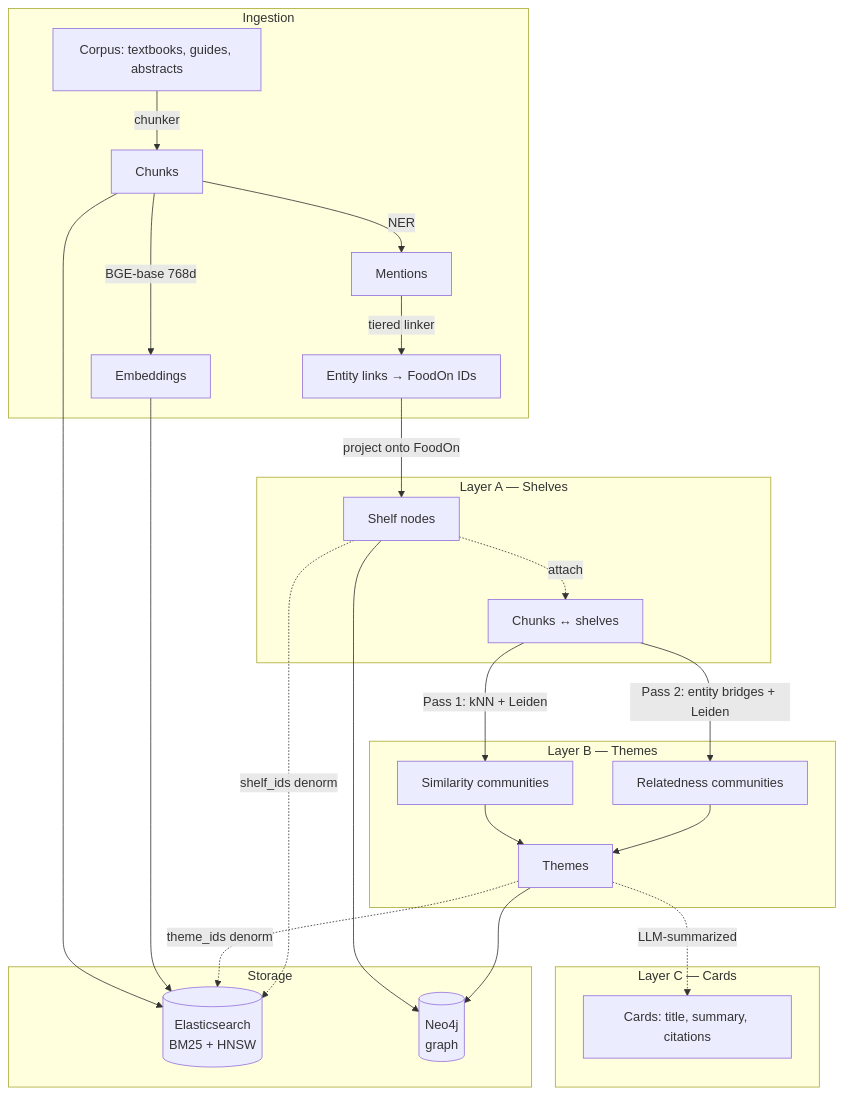
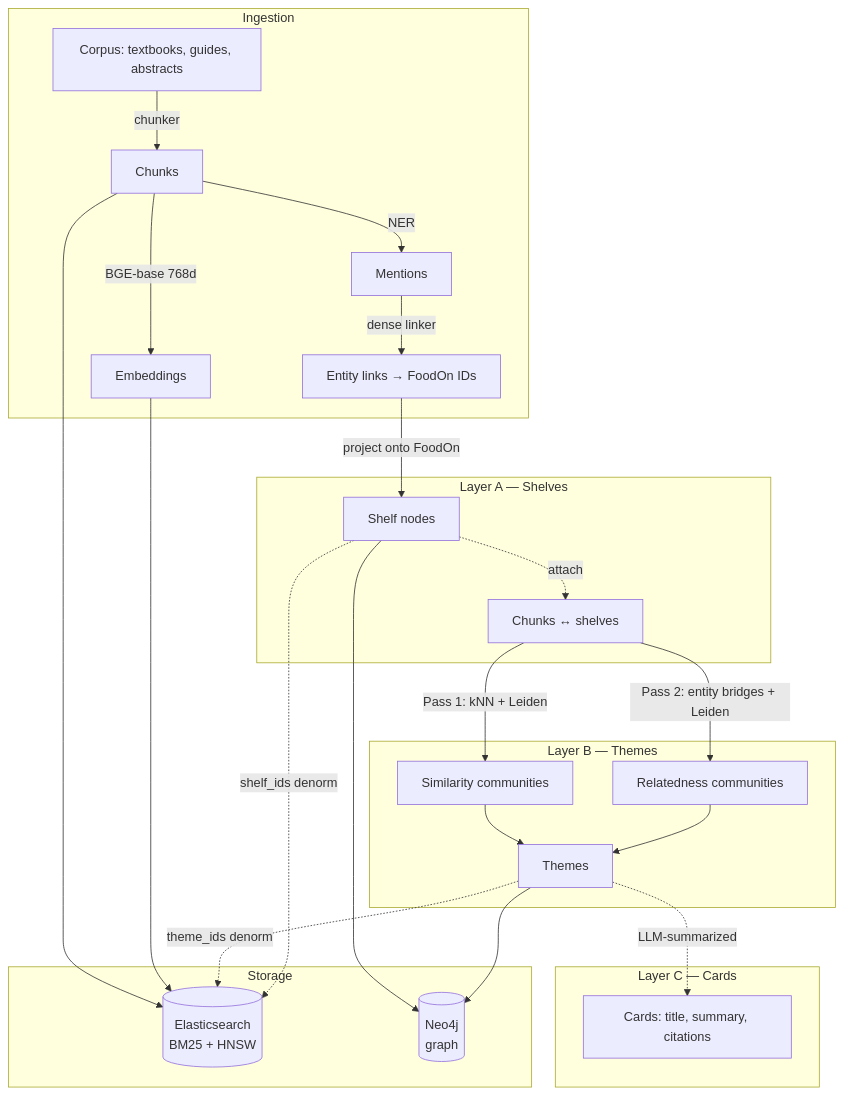
Before and after one commit to wisefood/foodscholar-lib: the diagram in docs/concepts/architecture.md, drawn with Mermaid. The commit also changed other lines of this file and 9 other files, not shown here.

````diff
--- a/docs/concepts/architecture.md
+++ b/docs/concepts/architecture.md
@@ -13,32 +13,32 @@
 ```{mermaid}
 flowchart TB
     subgraph Ingest[Ingestion]
       C[Corpus: textbooks, guides, abstracts] -->|chunker| K[Chunks]
       K -->|BGE-base 768d| E[Embeddings]
       K -->|NER| Mn[Mentions]
-      Mn -->|tiered linker| L[Entity links → FoodOn IDs]
+      Mn -->|dense linker| L[Entity links → FoodOn IDs]
     end
     subgraph LayerA[Layer A — Shelves]
       L -->|project onto FoodOn| SA[Shelf nodes]
       SA -.attach.-> KA[Chunks ↔ shelves]
     end
     subgraph LayerB[Layer B — Themes]
       KA -->|Pass 1: kNN + Leiden| T1[Similarity communities]
       KA -->|Pass 2: entity bridges + Leiden| T2[Relatedness communities]
       T1 --> TM[Themes]
       T2 --> TM
     end
     subgraph LayerC[Layer C — Cards]
       TM -.LLM-summarized.-> CD[Cards: title, summary, citations]
     end
     subgraph Storage[Storage]
       ES[(Elasticsearch<br/>BM25 + HNSW)]
       N4[(Neo4j<br/>graph)]
     end
     K --> ES
     E --> ES
     SA --> N4
     TM --> N4
     TM -.theme_ids denorm.-> ES
     SA -.shelf_ids denorm.-> ES
 ```
````
